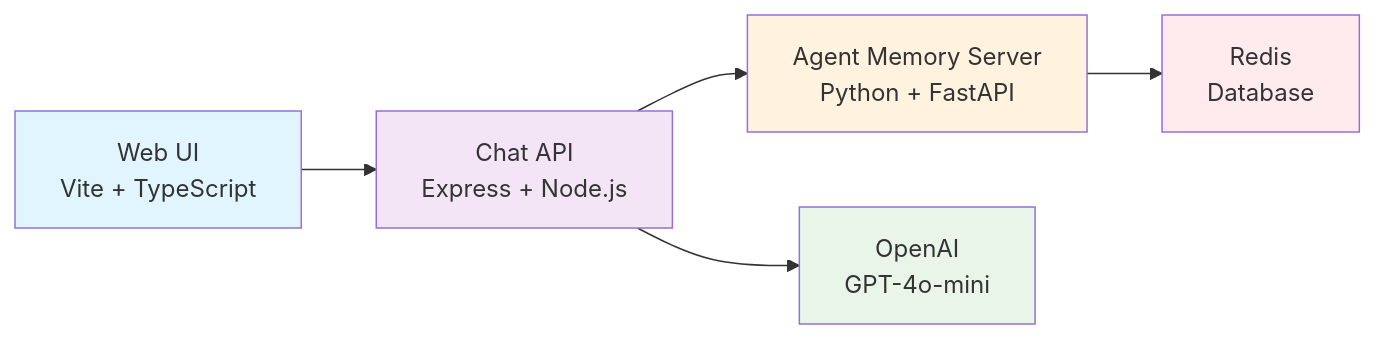
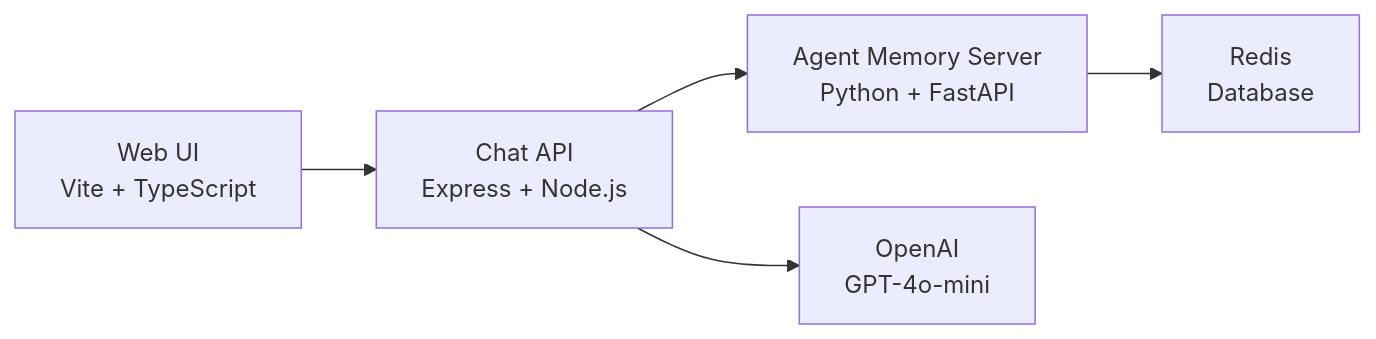
One commit to redis-developer/podbot changed the diagram in README.md. Above: the diagram before and after it, drawn with Mermaid.

Commit message:
remove colors from mermaid diagram for better readability

````diff
--- a/README.md
+++ b/README.md
@@ -67,13 +67,7 @@
 ```mermaid
 graph LR
     A[Web UI<br/>Vite + TypeScript] --> B[Chat API<br/>Express + Node.js]
     B --> C[Agent Memory Server<br/>Python + FastAPI]
     C --> D[Redis<br/>Database]
     B --> E[OpenAI<br/>GPT-4o-mini]
-
-    style A fill:#e1f5fe
-    style B fill:#f3e5f5
-    style C fill:#fff3e0
-    style D fill:#ffebee
-    style E fill:#e8f5e8
 ```
````
